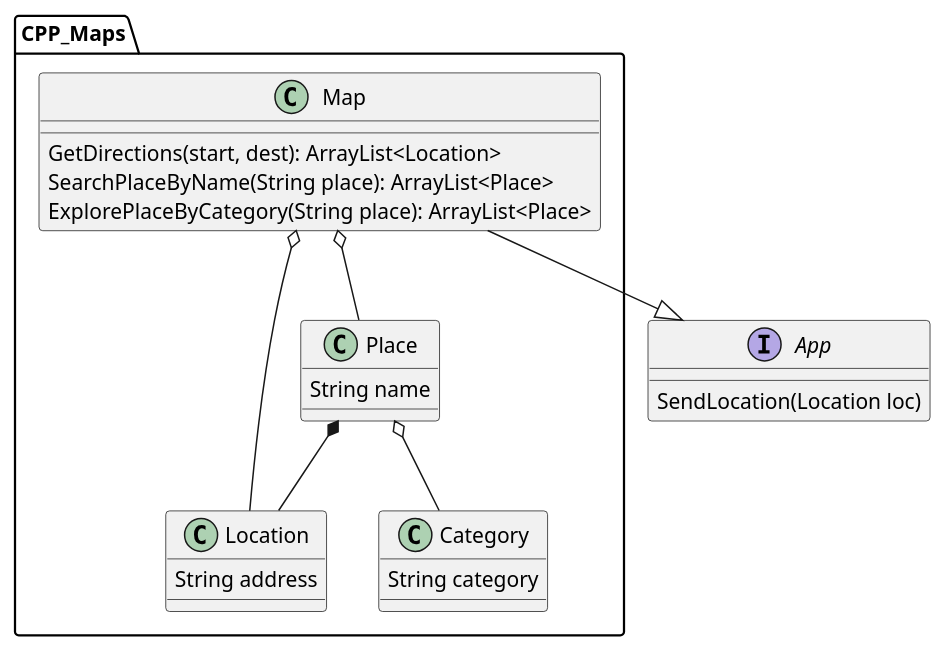
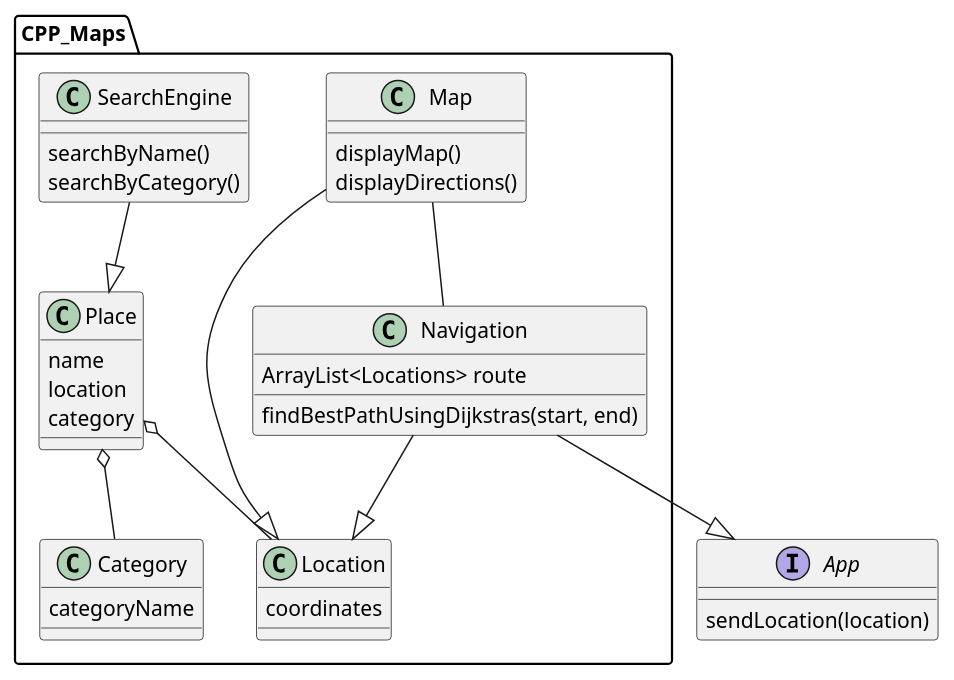
The diagram in HW2/src/ClassDiagram.puml (cvoneul/CS4800Hw1), drawn with PlantUML before and after one commit. The commit also changed other lines of this file and 10 other files, not shown here.

```diff
--- a/HW2/src/ClassDiagram.puml
+++ b/HW2/src/ClassDiagram.puml
@@ -1,34 +1,50 @@
 @startuml
 package CPP_Maps {
     class Map {
-    GetDirections(start, dest): ArrayList<Location>
-    SearchPlaceByName(String place): ArrayList<Place>
-    ExplorePlaceByCategory(String place): ArrayList<Place>
+    displayMap()
+    displayDirections()
+    }
+
+    class Navigation {
+    ArrayList<Locations> route
+    findBestPathUsingDijkstras(start, end)
+    }
+
+    class SearchEngine {
+    searchByName()
+    searchByCategory()
+    }
+
+
+    class Place {
+    name
+    location
+    category
     }
 
     class Location {
-    String address
-    }
-
-    class Place {
-    String name
+    coordinates
     }
 
     class Category {
-    String category
+    categoryName
     }
 
+
+    Map --|> Location
+    Map -- Navigation
+
+    Navigation --|> Location
+    SearchEngine --|> Place
+
+    Place o-- Location
     Place o-- Category
-    Place *-- Location
-    Map o-- Place
-    Map o-- Location
-
 }
 
 interface App {
-SendLocation(Location loc)
+sendLocation(location)
 }
 
-CPP_Maps.Map --|> App
+Navigation --|> App
 
 @enduml
```
